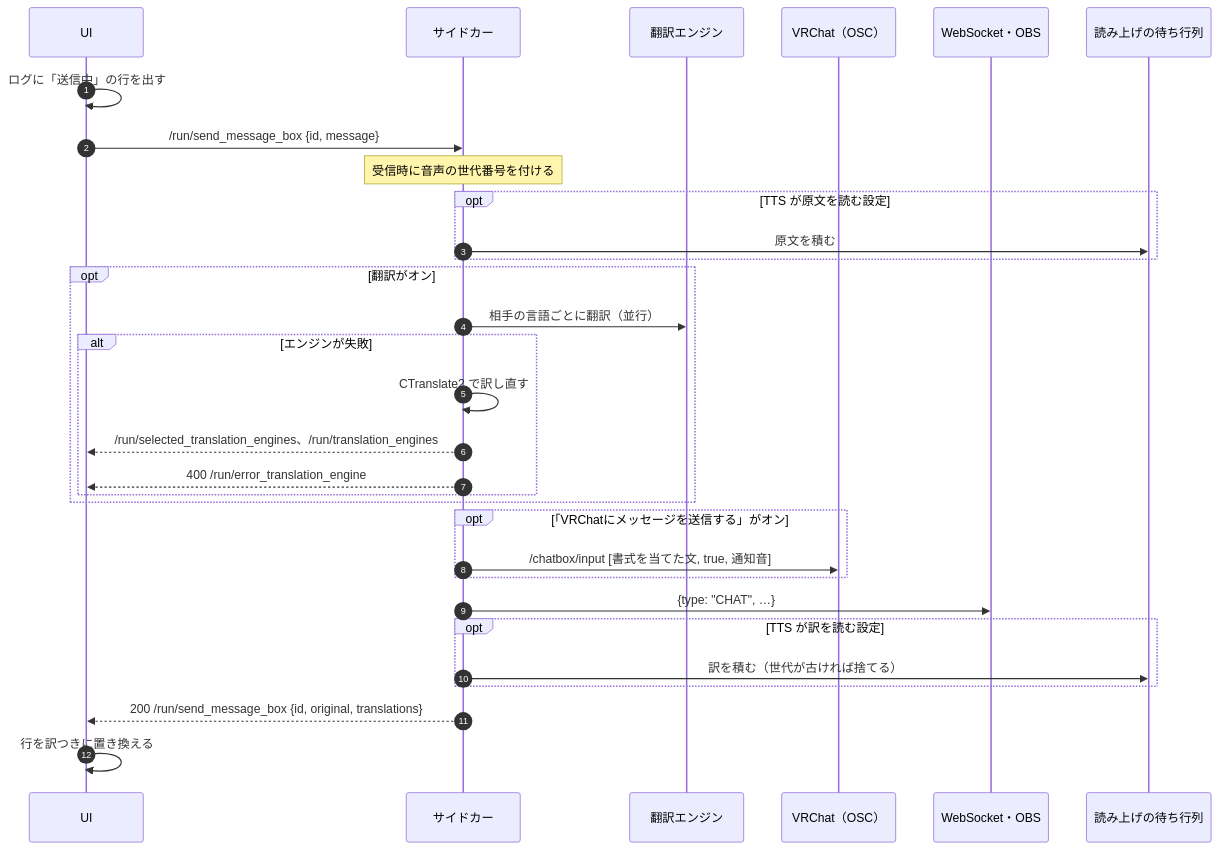
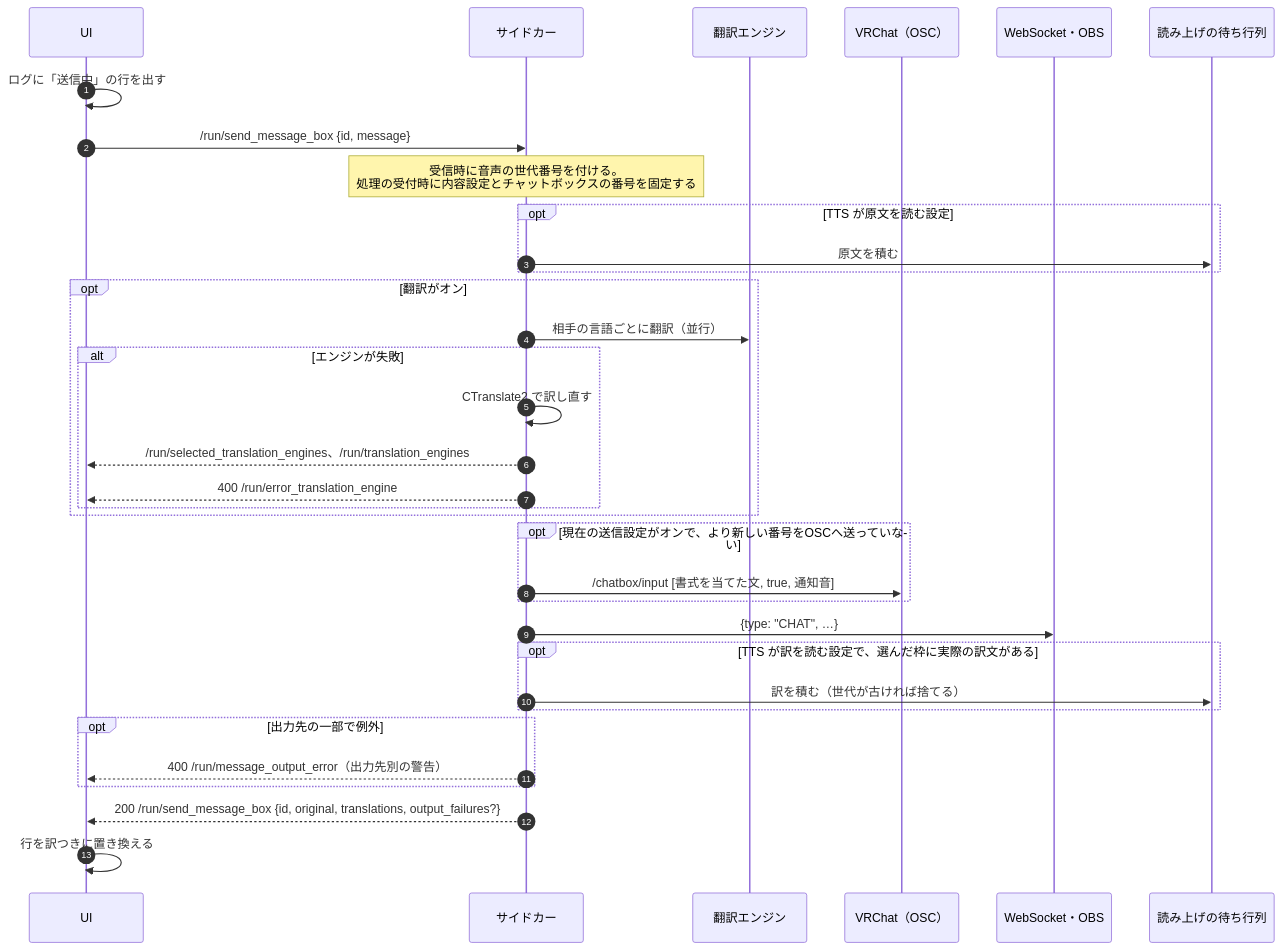
One commit to kein5/VRCT-VOX changed the fourth of 7 diagrams in docs/spec/sequences.md. Above: the diagram before and after it, drawn with Mermaid. The commit also changed other lines of this file and 30 other files, not shown here.

````diff
--- a/docs/spec/sequences.md
+++ b/docs/spec/sequences.md
@@ -86,33 +86,36 @@
 ```mermaid
 sequenceDiagram
   autonumber
   participant UI as UI
   participant S as サイドカー
   participant T as 翻訳エンジン
   participant V as VRChat（OSC）
   participant W as WebSocket・OBS
   participant Q as 読み上げの待ち行列
   UI->>UI: ログに「送信中」の行を出す
   UI->>S: /run/send_message_box {id, message}
-  Note over S: 受信時に音声の世代番号を付ける
+  Note over S: 受信時に音声の世代番号を付ける。<br/>処理の受付時に内容設定とチャットボックスの番号を固定する
   opt TTS が原文を読む設定
     S->>Q: 原文を積む
   end
   opt 翻訳がオン
     S->>T: 相手の言語ごとに翻訳（並行）
     alt エンジンが失敗
       S->>S: CTranslate2 で訳し直す
       S-->>UI: /run/selected_translation_engines、/run/translation_engines
       S-->>UI: 400 /run/error_translation_engine
     end
   end
-  opt 「VRChatにメッセージを送信する」がオン
+  opt 現在の送信設定がオンで、より新しい番号をOSCへ送っていない
     S->>V: /chatbox/input [書式を当てた文, true, 通知音]
   end
   S->>W: {type: "CHAT", …}
-  opt TTS が訳を読む設定
+  opt TTS が訳を読む設定で、選んだ枠に実際の訳文がある
     S->>Q: 訳を積む（世代が古ければ捨てる）
   end
-  S-->>UI: 200 /run/send_message_box {id, original, translations}
+  opt 出力先の一部で例外
+    S-->>UI: 400 /run/message_output_error（出力先別の警告）
+  end
+  S-->>UI: 200 /run/send_message_box {id, original, translations, output_failures?}
   UI->>UI: 行を訳つきに置き換える
 ```
````
